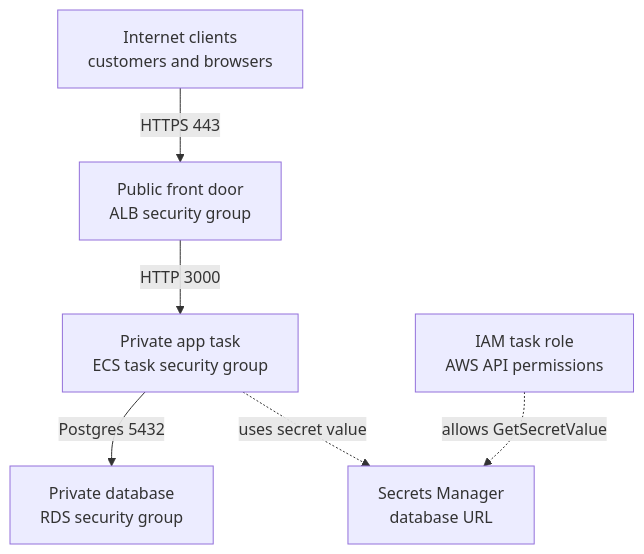
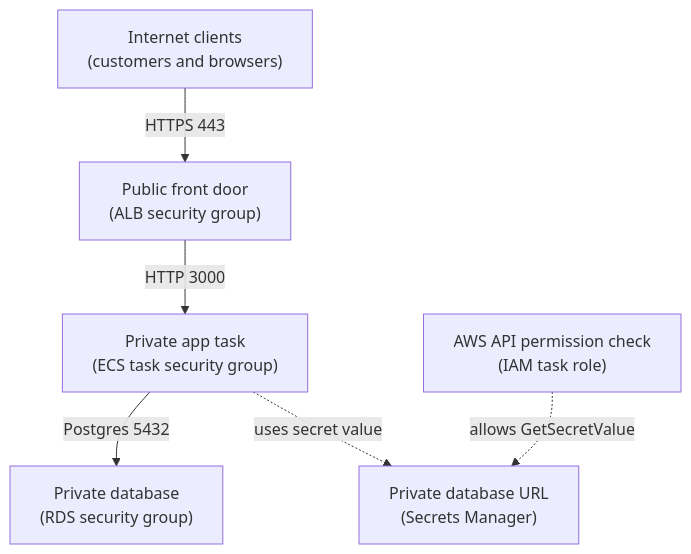
Before and after one commit to senlinyy/dev-roadmaps: the diagram in cloud-providers/aws/networking-connectivity/security-groups-and-nacls.md, drawn with Mermaid. The commit also changed 89 other files, not shown here.

````diff
--- a/cloud-providers/aws/networking-connectivity/security-groups-and-nacls.md
+++ b/cloud-providers/aws/networking-connectivity/security-groups-and-nacls.md
@@ -63,16 +63,16 @@
 ```mermaid
 flowchart TD
-    INTERNET["Internet clients<br/>customers and browsers"]
-    ALB["Public front door<br/>ALB security group"]
-    TASK["Private app task<br/>ECS task security group"]
-    DB["Private database<br/>RDS security group"]
+    INTERNET["Internet clients<br/>(customers and browsers)"]
+    ALB["Public front door<br/>(ALB security group)"]
+    TASK["Private app task<br/>(ECS task security group)"]
+    DB["Private database<br/>(RDS security group)"]
 
     INTERNET -->|"HTTPS 443"| ALB
     ALB -->|"HTTP 3000"| TASK
     TASK -->|"Postgres 5432"| DB
 
-    IAM["IAM task role<br/>AWS API permissions"]
-    SECRET["Secrets Manager<br/>database URL"]
+    IAM["AWS API permission check<br/>(IAM task role)"]
+    SECRET["Private database URL<br/>(Secrets Manager)"]
     IAM -.->|"allows GetSecretValue"| SECRET
     TASK -.->|"uses secret value"| SECRET
 ```
````
